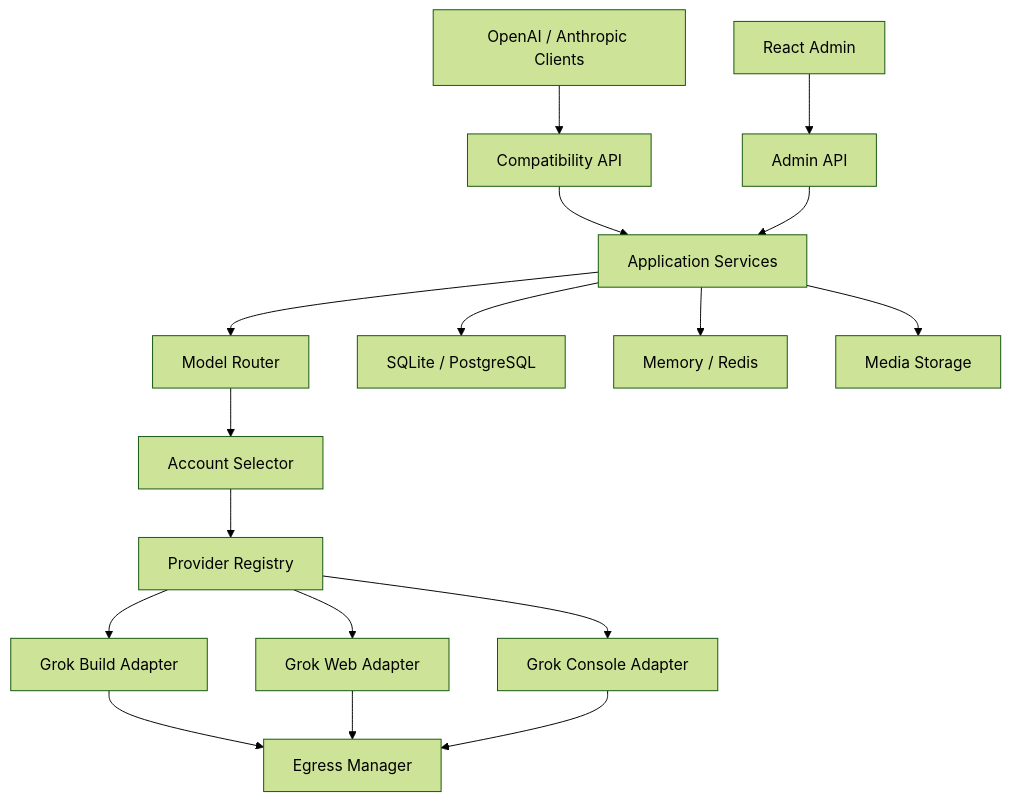
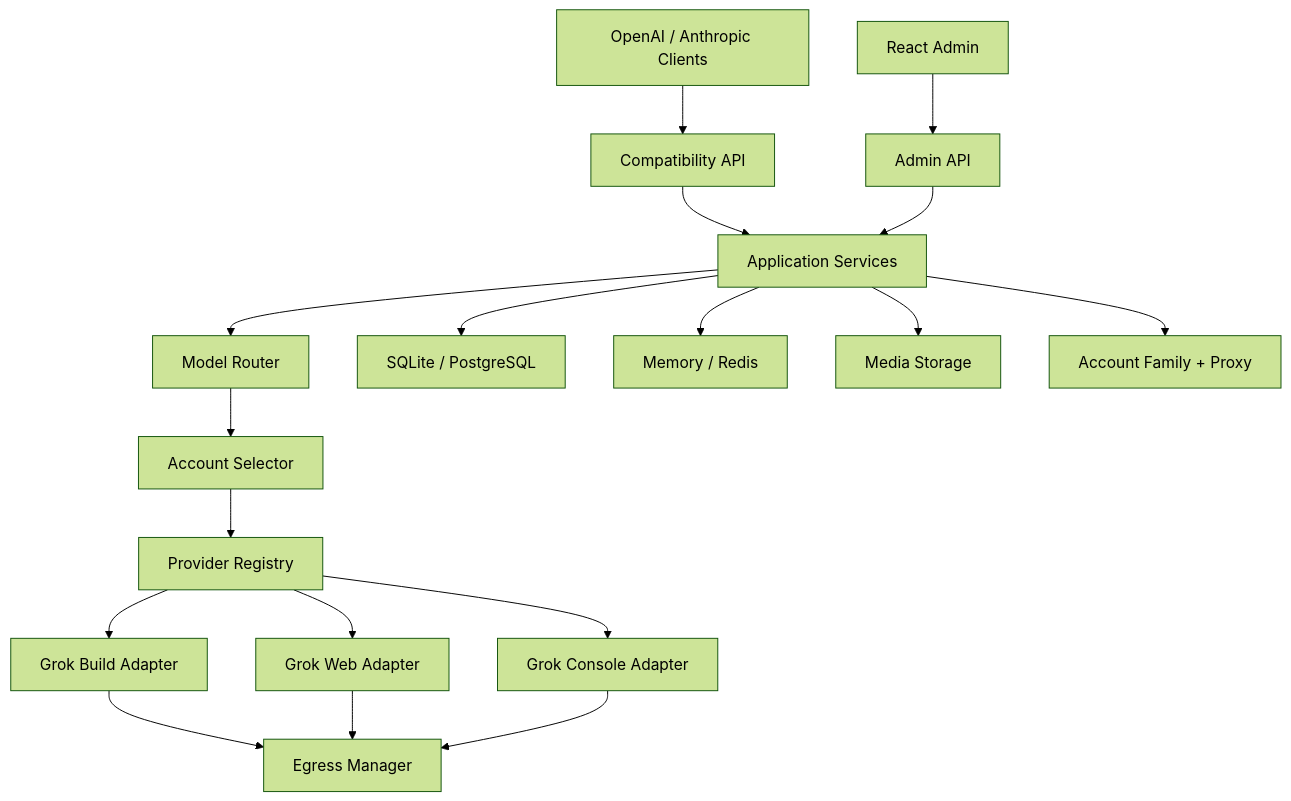
The diagram in README.md (garicaxbv86015-ops/grok2api), drawn with Mermaid (forest theme) before and after one commit. The commit also changed other lines of this file and 1 other file, not shown here.

````diff
--- a/README.md
+++ b/README.md
@@ -61,23 +57,24 @@
 ```mermaid
 flowchart TB
     Client["OpenAI / Anthropic Clients"] --> Compat["Compatibility API"]
     Admin["React Admin"] --> AdminAPI["Admin API"]
 
     Compat --> App["Application Services"]
     AdminAPI --> App
 
     App --> Router["Model Router"]
     Router --> Selector["Account Selector"]
     Selector --> Registry["Provider Registry"]
 
     Registry --> Build["Grok Build Adapter"]
     Registry --> Web["Grok Web Adapter"]
     Registry --> Console["Grok Console Adapter"]
 
     App --> DB["SQLite / PostgreSQL"]
     App --> Runtime["Memory / Redis"]
     Build --> Egress["Egress Manager"]
     Web --> Egress
     Console --> Egress
     App --> Media["Media Storage"]
+    App --> Family["Account Family + Proxy"]
 ```
````
